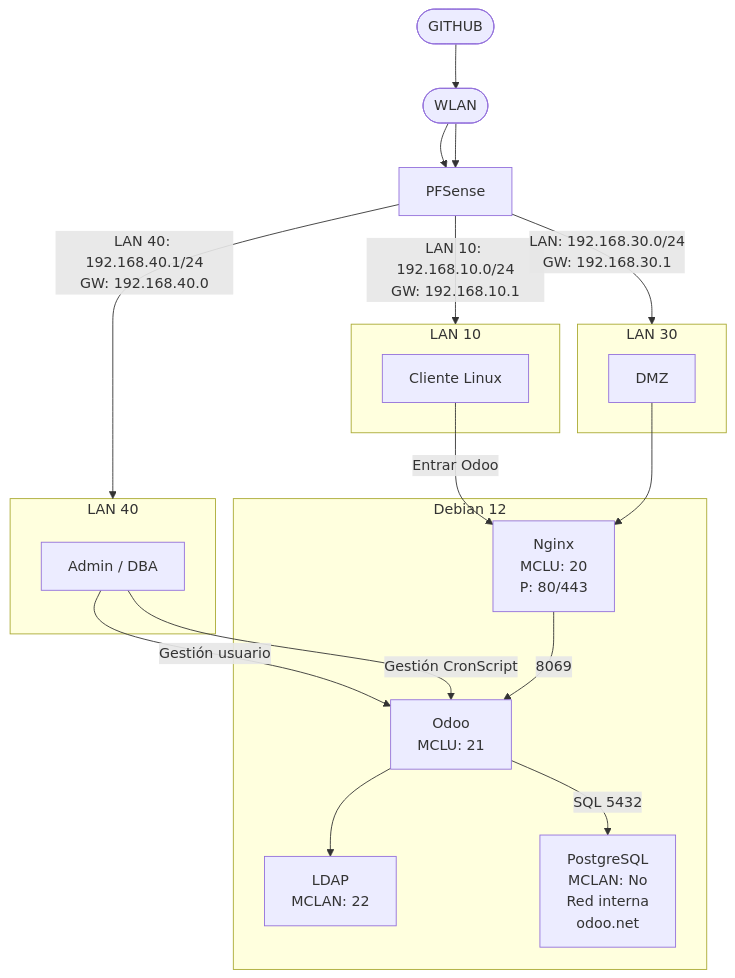
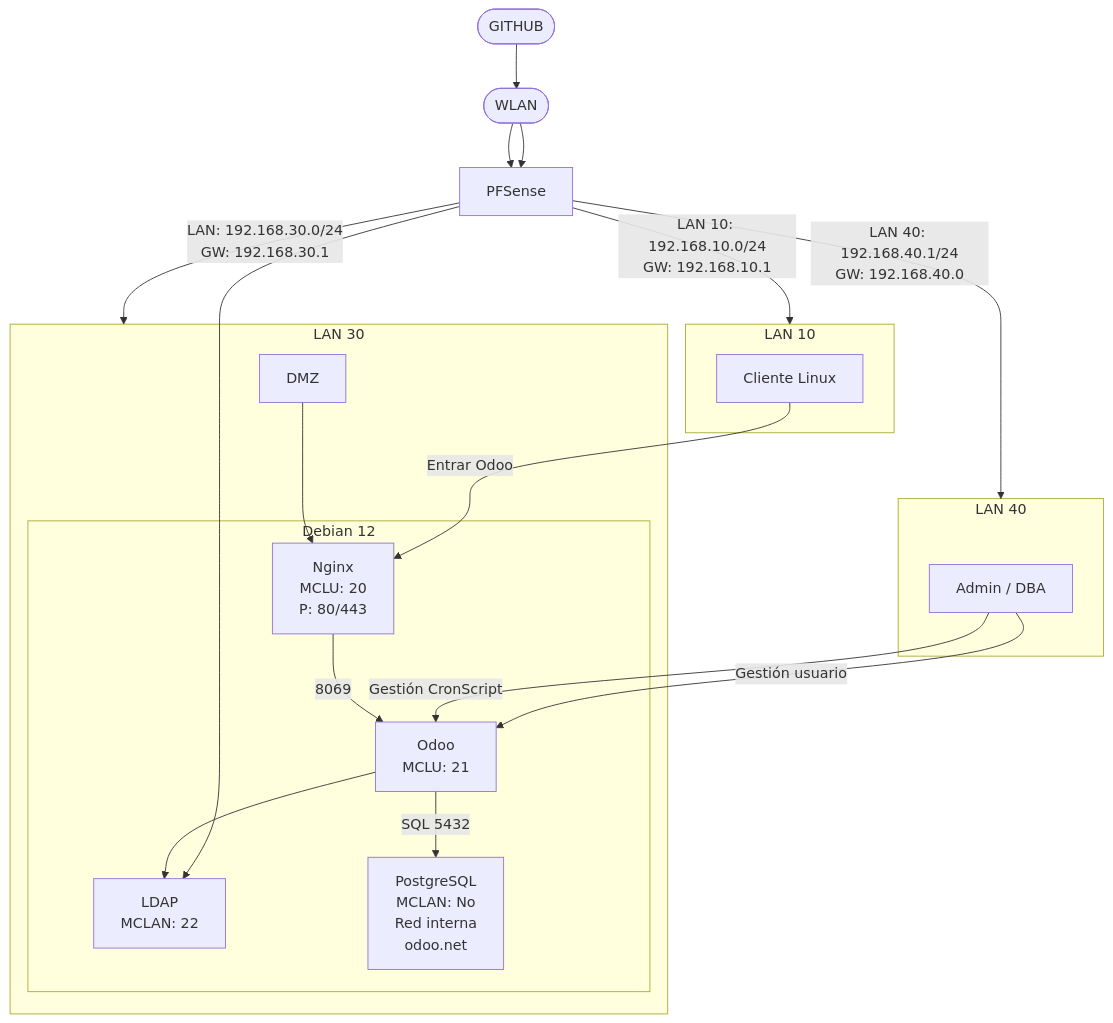
The diagram in README.md (sandrafrv/TFG-Implantacion_Segura_y_Automatizada_de_Odoo), drawn with Mermaid before and after one commit.

````diff
--- a/README.md
+++ b/README.md
@@ -41,40 +41,42 @@
 ```mermaid
 graph TD
     GITHUB(["GITHUB"])
     WLAN(["WLAN"])
-    GITHUB --> WLAN --> PFSense
+    GITHUB --> WLAN --> PFSense --> LDAP
     WLAN --> PFSense["PFSense"]
 
     PFSense -->|"LAN 10: 192.168.10.0/24\nGW: 192.168.10.1"| LAN10
     PFSense -->|"LAN 40: 192.168.40.1/24\nGW: 192.168.40.0"| LAN40
     PFSense -->|"LAN: 192.168.30.0/24\nGW: 192.168.30.1"| LAN30
 
     subgraph LAN10["LAN 10"]
         ClienteLinux["Cliente Linux"]
     end
 
     subgraph LAN40["LAN 40"]
         AdminDBA["Admin / DBA"]
     end
 
     subgraph LAN30["LAN 30"]
         DMZ["DMZ"]
     end
 
     AdminDBA -->|"Gestión usuario"| Odoo
     AdminDBA -->|"Gestión CronScript"| Odoo
     ClienteLinux -->|"Entrar Odoo"| Nginx
 
+    subgraph LAN30["LAN 30"]
     subgraph DEBIAN["Debian 12"]
         Nginx["Nginx\nMCLU: 20\nP: 80/443"]
         Odoo["Odoo\nMCLU: 21"]
         LDAP["LDAP\nMCLAN: 22"]
         PostgreSQL["PostgreSQL\nMCLAN: No\nRed interna\nodoo.net"]
 
         Nginx -->|"8069"| Odoo
         Odoo --> LDAP
         Odoo -->|"SQL 5432"| PostgreSQL
     end
+    end
 
     DMZ --> Nginx
 ```
````
